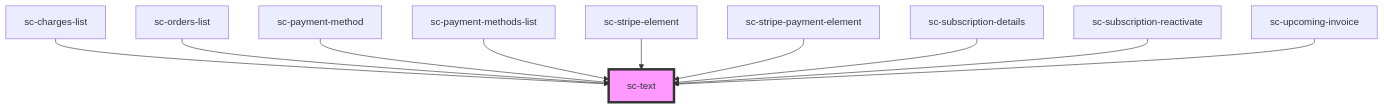
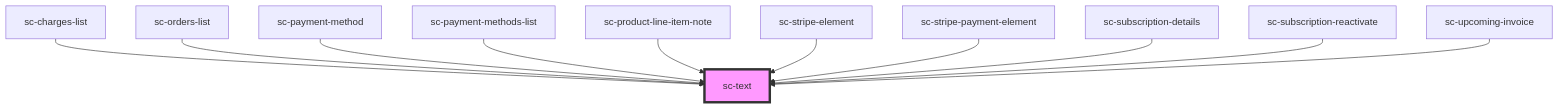
Before and after one commit to surecart/surecart-wp-plugin: the diagram in packages/components/src/components/ui/text/readme.md, drawn with Mermaid. The commit also changed other lines of this file and 16 other files, not shown here.

Commit message:
refactor: updated product line item note ui and basic functionalities

````diff
--- a/packages/components/src/components/ui/text/readme.md
+++ b/packages/components/src/components/ui/text/readme.md
@@ -31,13 +32,14 @@
 ```mermaid
 graph TD;
   sc-charges-list --> sc-text
   sc-orders-list --> sc-text
   sc-payment-method --> sc-text
   sc-payment-methods-list --> sc-text
+  sc-product-line-item-note --> sc-text
   sc-stripe-element --> sc-text
   sc-stripe-payment-element --> sc-text
   sc-subscription-details --> sc-text
   sc-subscription-reactivate --> sc-text
   sc-upcoming-invoice --> sc-text
   style sc-text fill:#f9f,stroke:#333,stroke-width:4px
 ```
````
